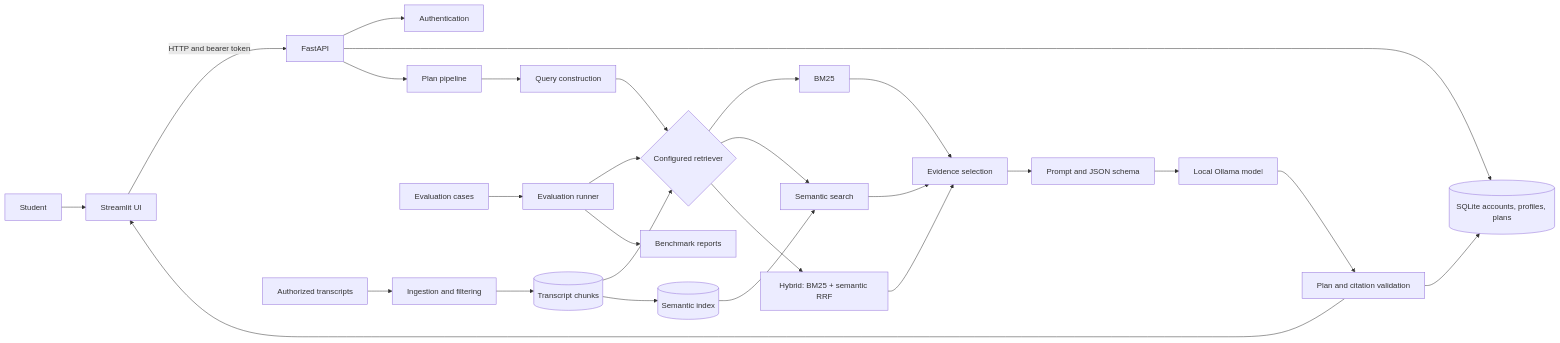
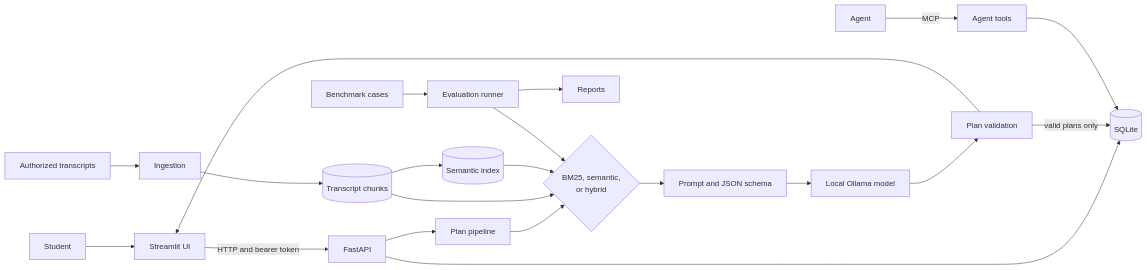
One commit to Kingflow-23/RepWise changed the diagram in docs/architecture.md. Above: the diagram before and after it, drawn with Mermaid. The commit also changed other lines of this file and 32 other files, not shown here.

````diff
--- a/docs/architecture.md
+++ b/docs/architecture.md
@@ -16,31 +8,26 @@
 ```mermaid
 flowchart LR
     Student --> UI[Streamlit UI]
     UI -->|HTTP and bearer token| API[FastAPI]
-    API --> Auth[Authentication]
-    API --> DB[(SQLite accounts, profiles, plans)]
+    API --> DB[(SQLite)]
     API --> Pipeline[Plan pipeline]
-    Pipeline --> Query[Query construction]
-    Query --> Retriever{Configured retriever}
-    Retriever --> BM25[BM25]
-    Retriever --> Semantic[Semantic search]
-    Retriever --> Hybrid[Hybrid: BM25 + semantic RRF]
+    Pipeline --> Retriever{BM25, semantic,<br/>or hybrid}
     Chunks[(Transcript chunks)] --> Retriever
-    Index[(Semantic index)] --> Semantic
-    BM25 --> Evidence[Evidence selection]
-    Semantic --> Evidence
-    Hybrid --> Evidence
-    Evidence --> Prompt[Prompt and JSON schema]
+    Index[(Semantic index)] --> Retriever
+    Retriever --> Prompt[Prompt and JSON schema]
     Prompt --> Ollama[Local Ollama model]
-    Ollama --> Validate[Plan and citation validation]
-    Validate --> DB
+    Ollama --> Validate[Plan validation]
+    Validate -->|valid plans only| DB
     Validate --> UI
 
-    Sources[Authorized transcripts] --> Ingest[Ingestion and filtering]
+    Sources[Authorized transcripts] --> Ingest[Ingestion]
     Ingest --> Chunks
     Chunks --> Index
 
-    Cases[Evaluation cases] --> Eval[Evaluation runner]
+    Cases[Benchmark cases] --> Eval[Evaluation runner]
     Eval --> Retriever
-    Eval --> Reports[Benchmark reports]
+    Eval --> Reports[Reports]
+
+    Agent[Agent] -->|MCP| Tools[Agent tools]
+    Tools --> DB
 ```
````
